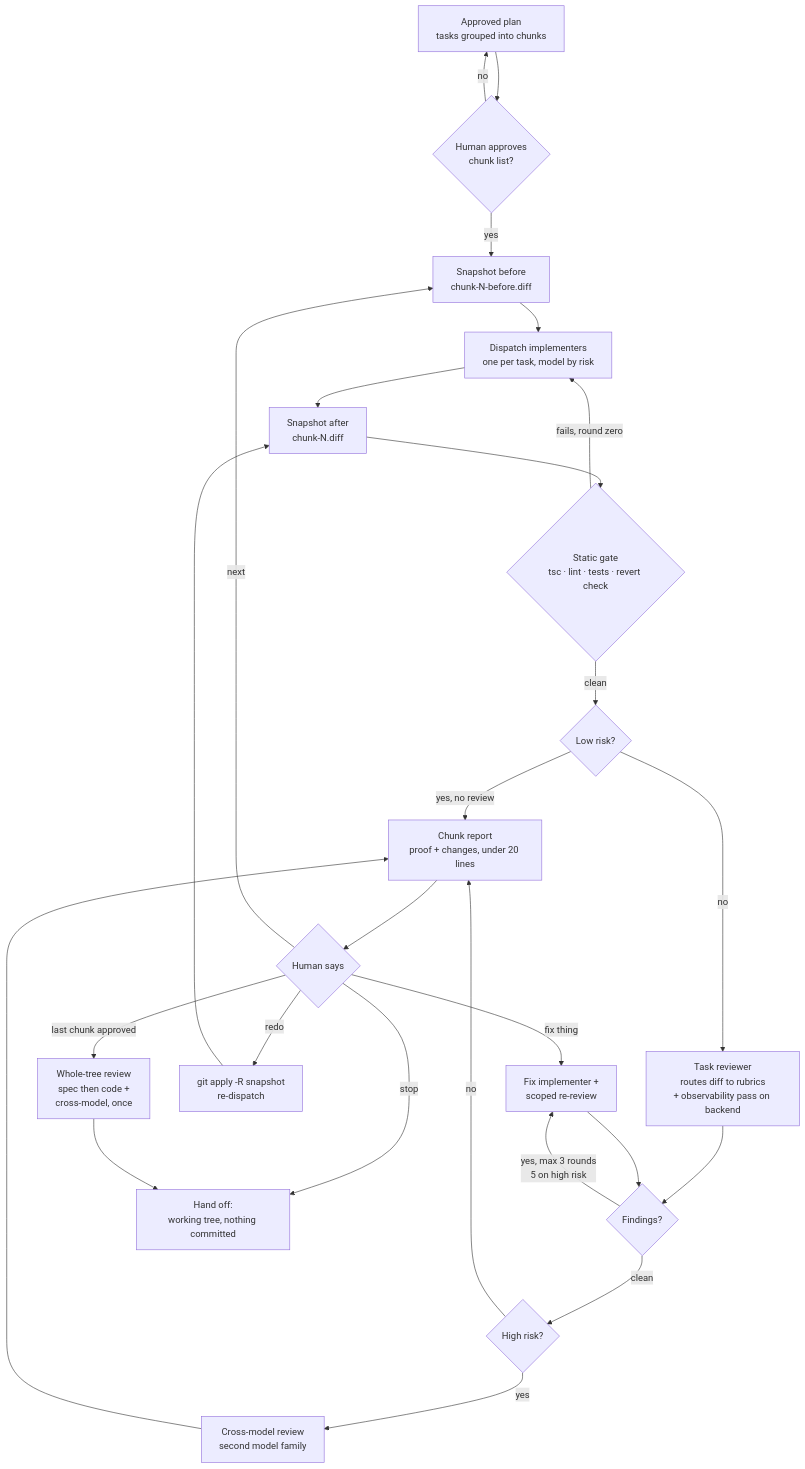
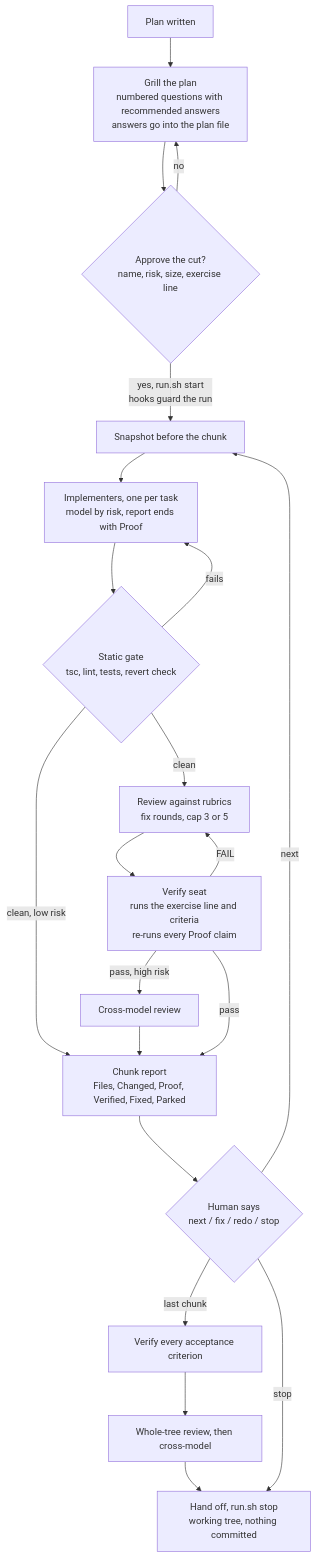
One commit to vilkoalexander/delivery-skills changed the diagram in diagrams/chunked-delivery.mmd. Above: the diagram before and after it, drawn with Mermaid. The commit also changed 8 other files, not shown here.

First line of the commit message:
feat: grill step, verify seat, shorter skills

```diff
--- a/diagrams/chunked-delivery.mmd
+++ b/diagrams/chunked-delivery.mmd
@@ -1,26 +1,21 @@
 graph TD
-  P[Approved plan<br/>tasks grouped into chunks] --> A{Human approves<br/>chunk list?}
-  A -- no --> P
-  A -- yes --> S1[Snapshot before<br/>chunk-N-before.diff]
-  S1 --> I[Dispatch implementers<br/>one per task, model by risk]
-  I --> S2[Snapshot after<br/>chunk-N.diff]
-  S2 --> SG{Static gate<br/>tsc · lint · tests · revert check}
-  SG -- fails, round zero --> I
-  SG -- clean --> L{Low risk?}
-  L -- yes, no review --> REP
-  L -- no --> R[Task reviewer<br/>routes diff to rubrics<br/>+ observability pass on backend]
-  R --> F{Findings?}
-  F -- yes, max 3 rounds<br/>5 on high risk --> X[Fix implementer +<br/>scoped re-review]
-  X --> F
-  F -- clean --> C{High risk?}
-  C -- yes --> M[Cross-model review<br/>second model family]
-  C -- no --> REP
-  M --> REP[Chunk report<br/>proof + changes, under 20 lines]
-  REP --> W{Human says}
+  P[Plan written] --> G[Grill the plan<br/>numbered questions with recommended answers<br/>answers go into the plan file]
+  G --> A{Approve the cut?<br/>name, risk, size, exercise line}
+  A -- no --> G
+  A -- yes, run.sh start<br/>hooks guard the run --> S1[Snapshot before the chunk]
+  S1 --> I[Implementers, one per task<br/>model by risk, report ends with Proof]
+  I --> SG{Static gate<br/>tsc, lint, tests, revert check}
+  SG -- fails --> I
+  SG -- clean, low risk --> REP
+  SG -- clean --> R[Review against rubrics<br/>fix rounds, cap 3 or 5]
+  R --> V[Verify seat<br/>runs the exercise line and criteria<br/>re-runs every Proof claim]
+  V -- FAIL --> R
+  V -- pass, high risk --> M[Cross-model review]
+  M --> REP
+  V -- pass --> REP[Chunk report<br/>Files, Changed, Proof, Verified, Fixed, Parked]
+  REP --> W{Human says<br/>next / fix / redo / stop}
   W -- next --> S1
-  W -- fix thing --> X
-  W -- redo --> U[git apply -R snapshot<br/>re-dispatch]
-  U --> S2
+  W -- last chunk --> T[Verify every acceptance criterion]
+  T --> TR[Whole-tree review, then cross-model]
+  TR --> H[Hand off, run.sh stop<br/>working tree, nothing committed]
   W -- stop --> H
-  W -- last chunk approved --> T[Whole-tree review<br/>spec then code +<br/>cross-model, once]
-  T --> H[Hand off:<br/>working tree, nothing committed]
```
